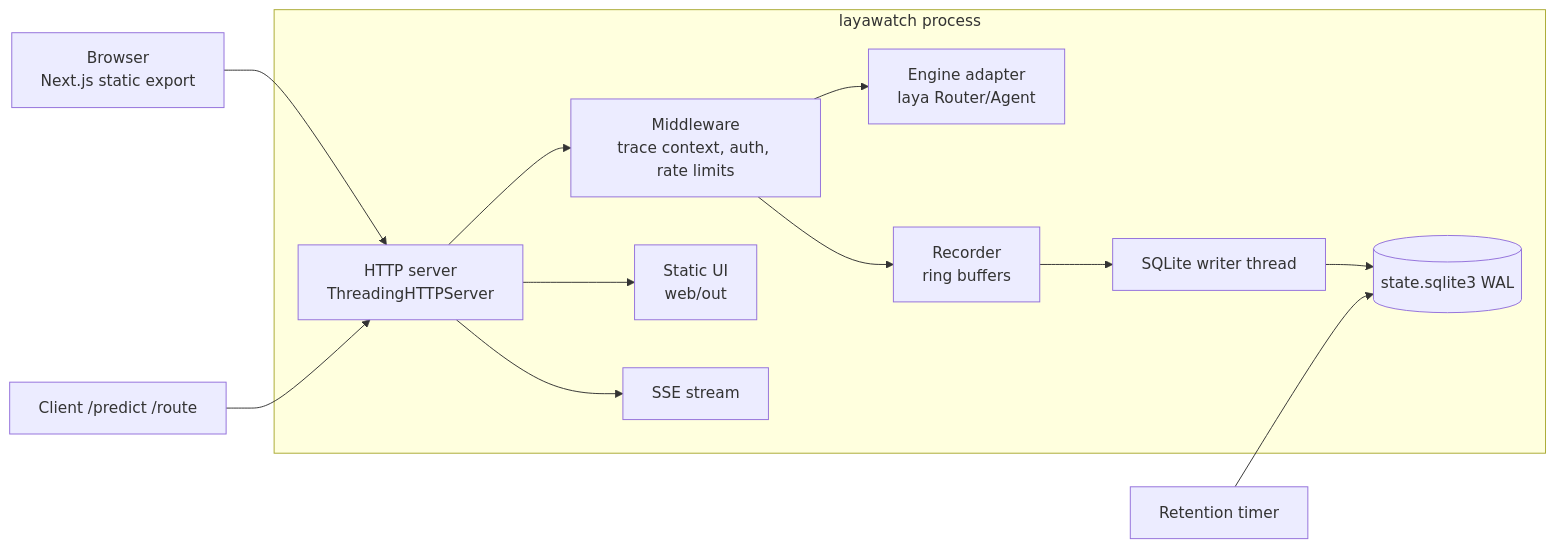
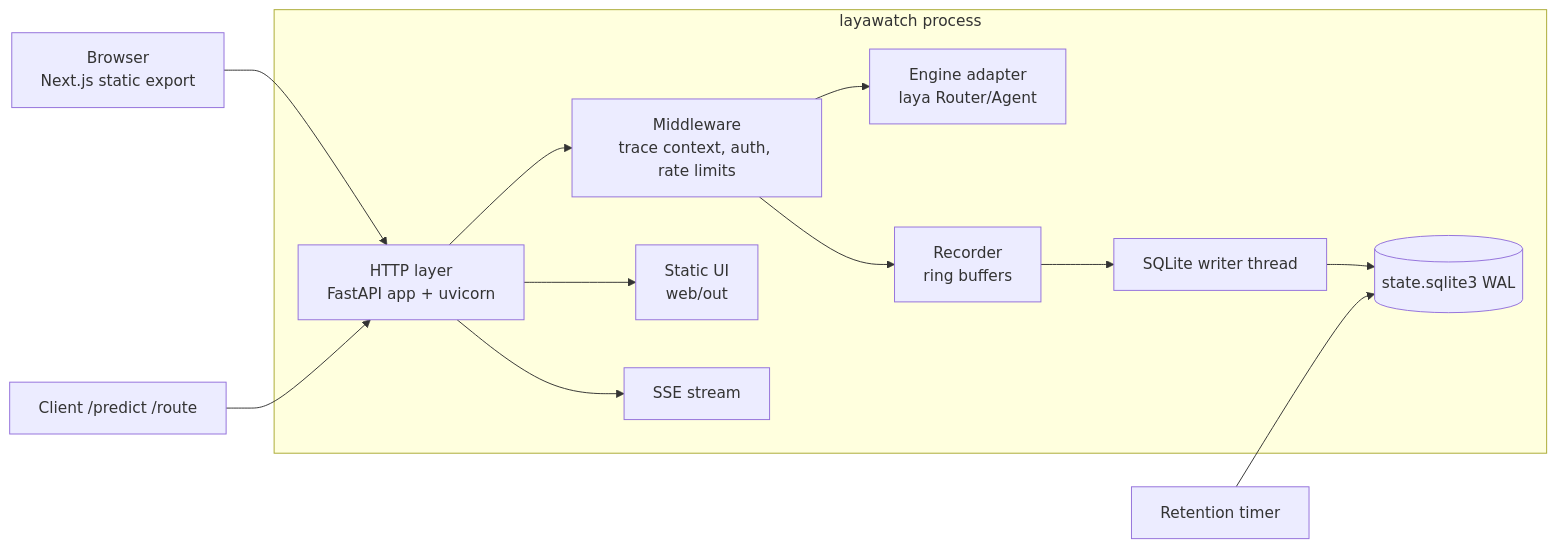
Before and after one commit to BLANCO-11/LayaWatch: the first of 2 diagrams in plan/README.md, drawn with Mermaid. The commit also changed other lines of this file and 8 other files, not shown here.

First line of the commit message:
docs: align plans, README and architecture with the FastAPI + uvicorn HTTP layer

````diff
--- a/plan/README.md
+++ b/plan/README.md
@@ -66,15 +66,15 @@
 ```mermaid
 flowchart LR
   subgraph P[layawatch process]
-    H[HTTP server<br/>ThreadingHTTPServer] --> M[Middleware<br/>trace context, auth, rate limits]
+    H[HTTP layer<br/>FastAPI app + uvicorn] --> M[Middleware<br/>trace context, auth, rate limits]
     M --> E[Engine adapter<br/>laya Router/Agent]
     M --> R[Recorder<br/>ring buffers]
     R --> W[SQLite writer thread]
     W --> D[(state.sqlite3 WAL)]
     H --> S[Static UI<br/>web/out]
     H --> SSE[SSE stream]
   end
   U[Browser<br/>Next.js static export] --> H
   C[Client /predict /route] --> H
   T[Retention timer] --> D
 ```
````
